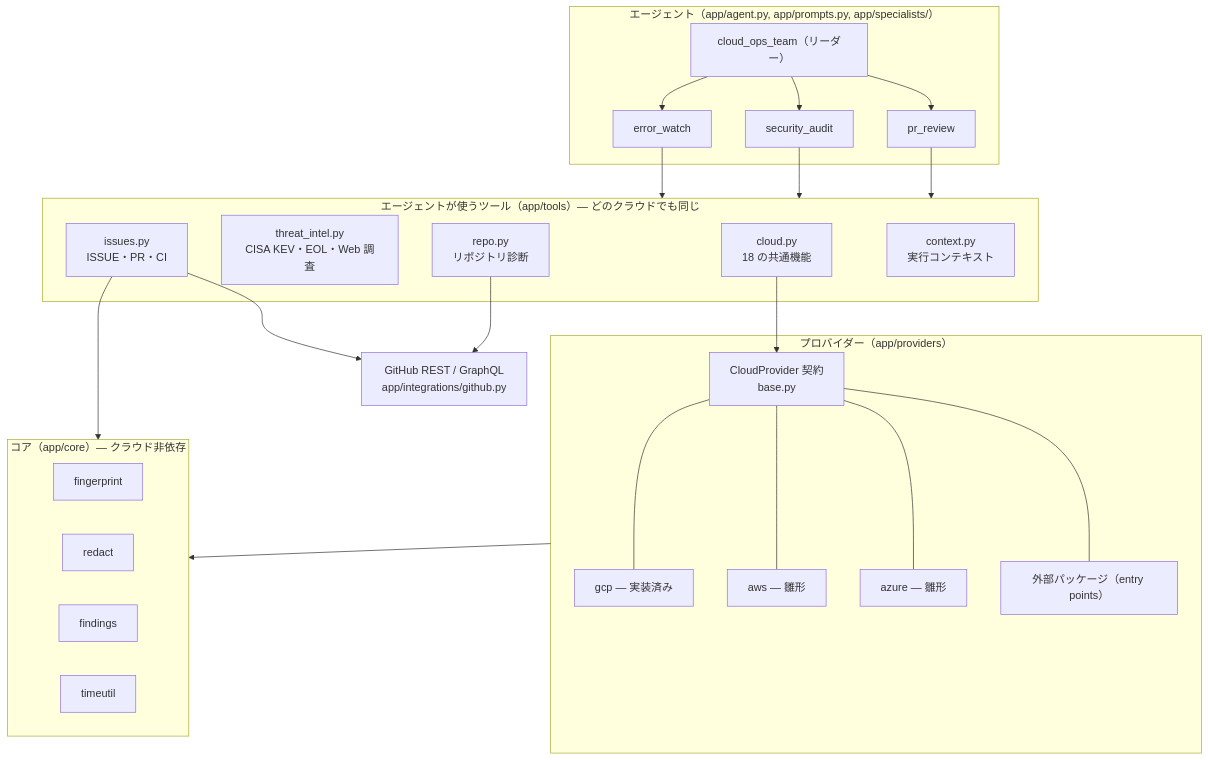
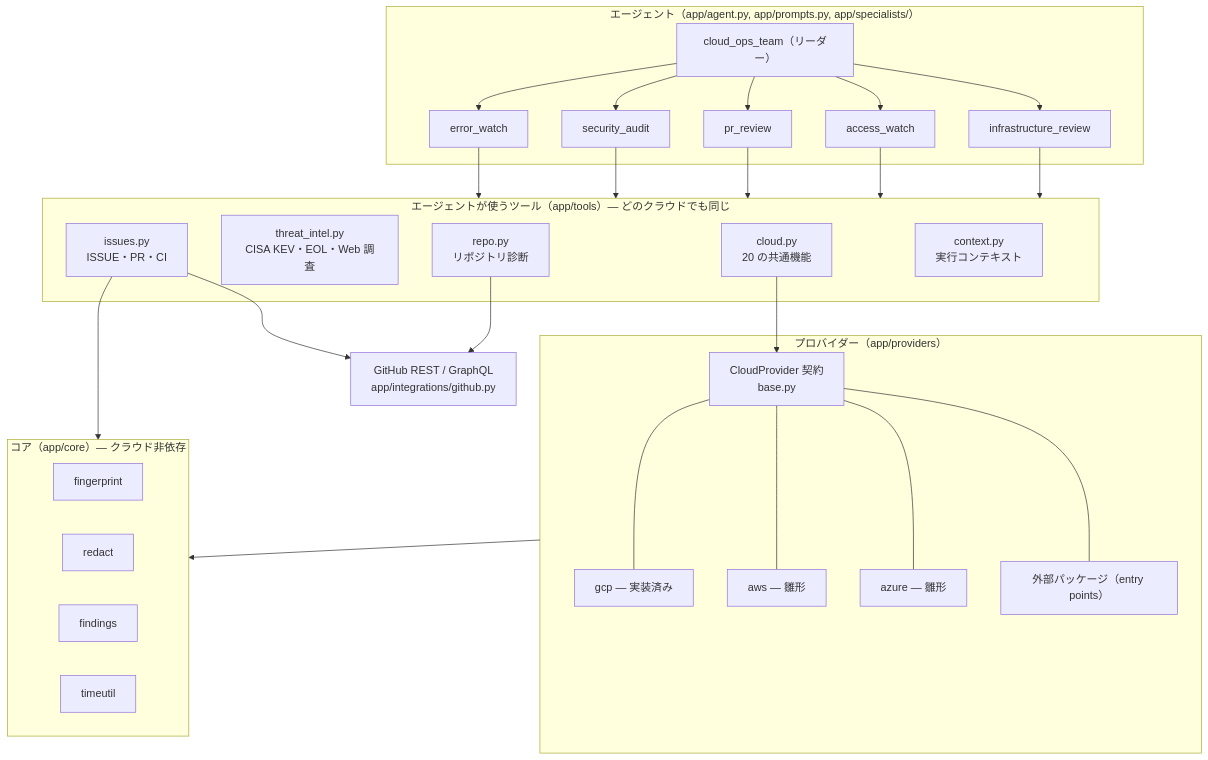
Before and after one commit to atsuki-sakai/cloud-ops-team: the second of 4 diagrams in docs/architecture.md, drawn with Mermaid. The commit also changed other lines of this file and 43 other files, not shown here.

Commit message:
feat: add read-only access and infrastructure review agents

````diff
--- a/docs/architecture.md
+++ b/docs/architecture.md
@@ -41,37 +44,39 @@
 ```mermaid
 flowchart TB
     subgraph Agents["エージェント（app/agent.py, app/prompts.py, app/specialists/）"]
         ROOT["cloud_ops_team（リーダー）"]
         EW["error_watch"]
         SA["security_audit"]
         PR["pr_review"]
-        ROOT --> EW & SA & PR
+        AW["access_watch"]
+        IR["infrastructure_review"]
+        ROOT --> EW & SA & PR & AW & IR
     end
     subgraph Tools["エージェントが使うツール（app/tools）— どのクラウドでも同じ"]
-        CLOUD["cloud.py<br/>18 の共通機能"]
+        CLOUD["cloud.py<br/>20 の共通機能"]
         TI["threat_intel.py<br/>CISA KEV・EOL・Web 調査"]
         REPO["repo.py<br/>リポジトリ診断"]
         ISS["issues.py<br/>ISSUE・PR・CI"]
         CTX["context.py<br/>実行コンテキスト"]
     end
     subgraph Providers["プロバイダー（app/providers）"]
         BASE["CloudProvider 契約<br/>base.py"]
         GCP["gcp — 実装済み"]
         AWS["aws — 雛形"]
         AZ["azure — 雛形"]
         EXT["外部パッケージ（entry points）"]
         BASE --- GCP & AWS & AZ & EXT
     end
     subgraph Core["コア（app/core）— クラウド非依存"]
         FP["fingerprint"]
         RD["redact"]
         FD["findings"]
         TU["timeutil"]
     end
     GH["GitHub REST / GraphQL<br/>app/integrations/github.py"]
-    EW & SA & PR --> Tools
+    EW & SA & PR & AW & IR --> Tools
     CLOUD --> BASE
     ISS & REPO --> GH
     Providers --> Core
     ISS --> Core
 ```
````
